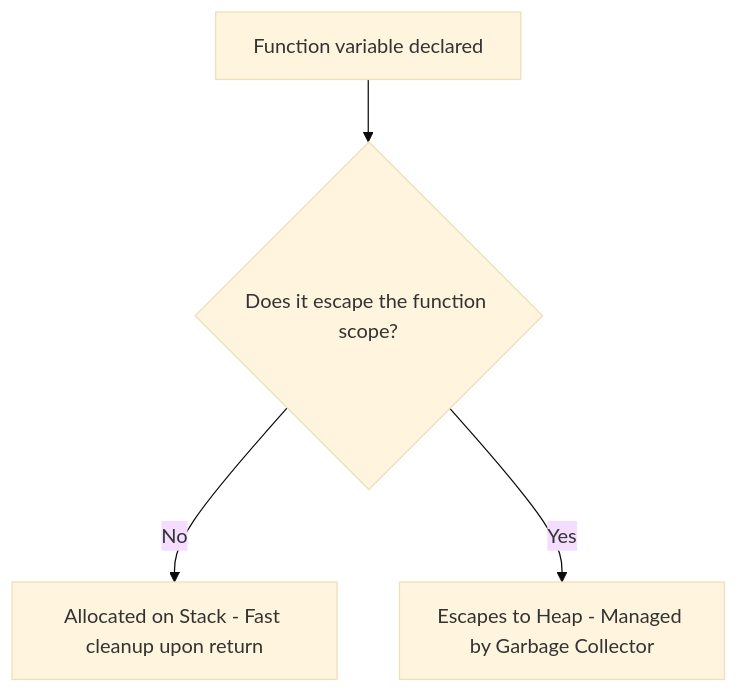
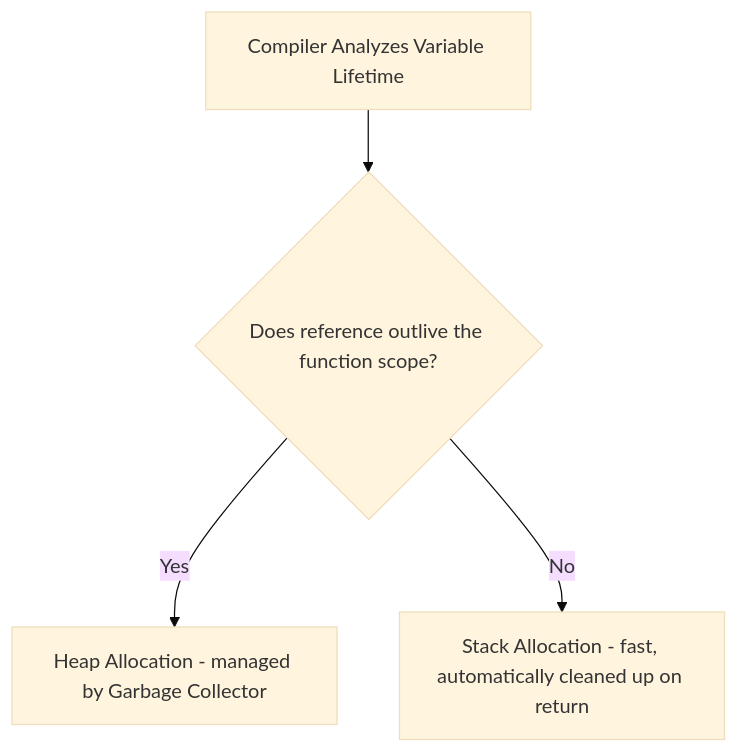
Before and after one commit to shubhtrek/learn-go-journey: the diagram in phase1_basics/step5_pointers/README.md, drawn with Mermaid (base theme). The commit also changed other lines of this file and 5 other files, not shown here.

````diff
--- a/phase1_basics/step5_pointers/README.md
+++ b/phase1_basics/step5_pointers/README.md
@@ -74,6 +73,6 @@
 ```mermaid
 graph TD
-    A[Function variable declared] --> B{Does it escape the function scope?}
-    B -- No --> C[Allocated on Stack - Fast cleanup upon return]
-    B -- Yes --> D[Escapes to Heap - Managed by Garbage Collector]
+    A[Compiler Analyzes Variable Lifetime] --> B{Does reference outlive the function scope?}
+    B -- Yes --> C[Heap Allocation - managed by Garbage Collector]
+    B -- No --> D[Stack Allocation - fast, automatically cleaned up on return]
 ```
````
